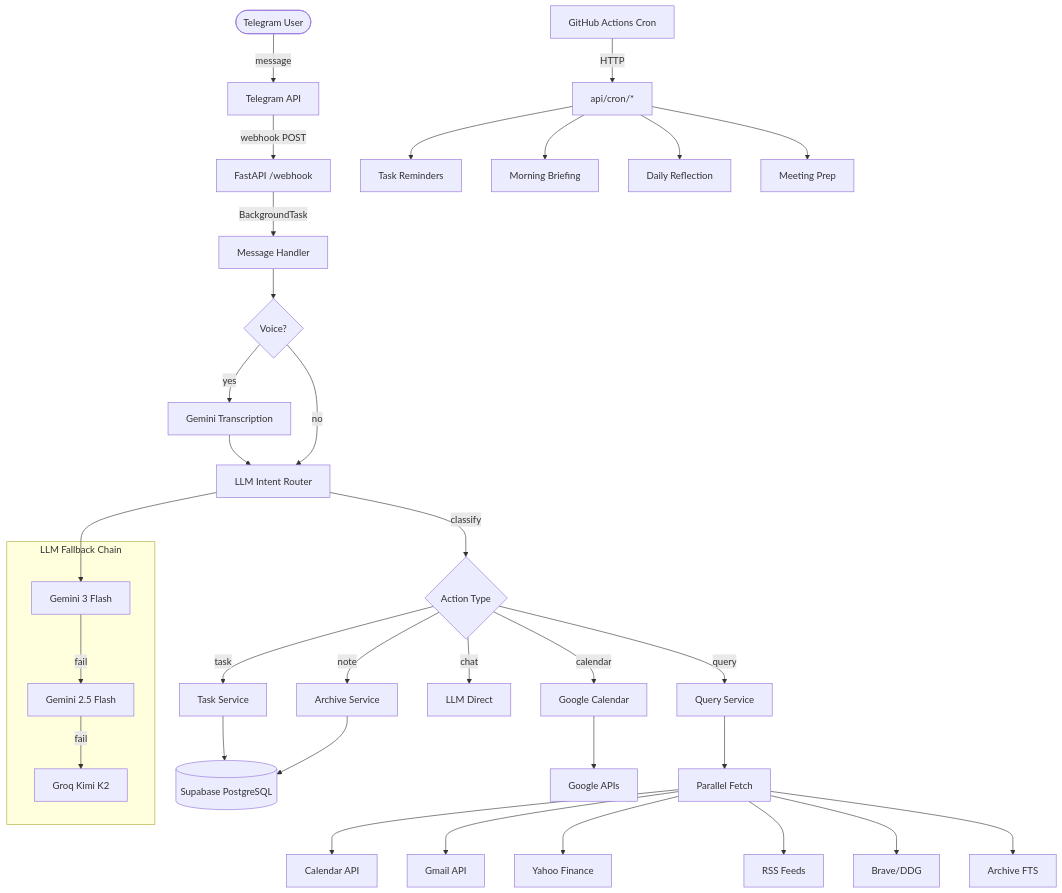
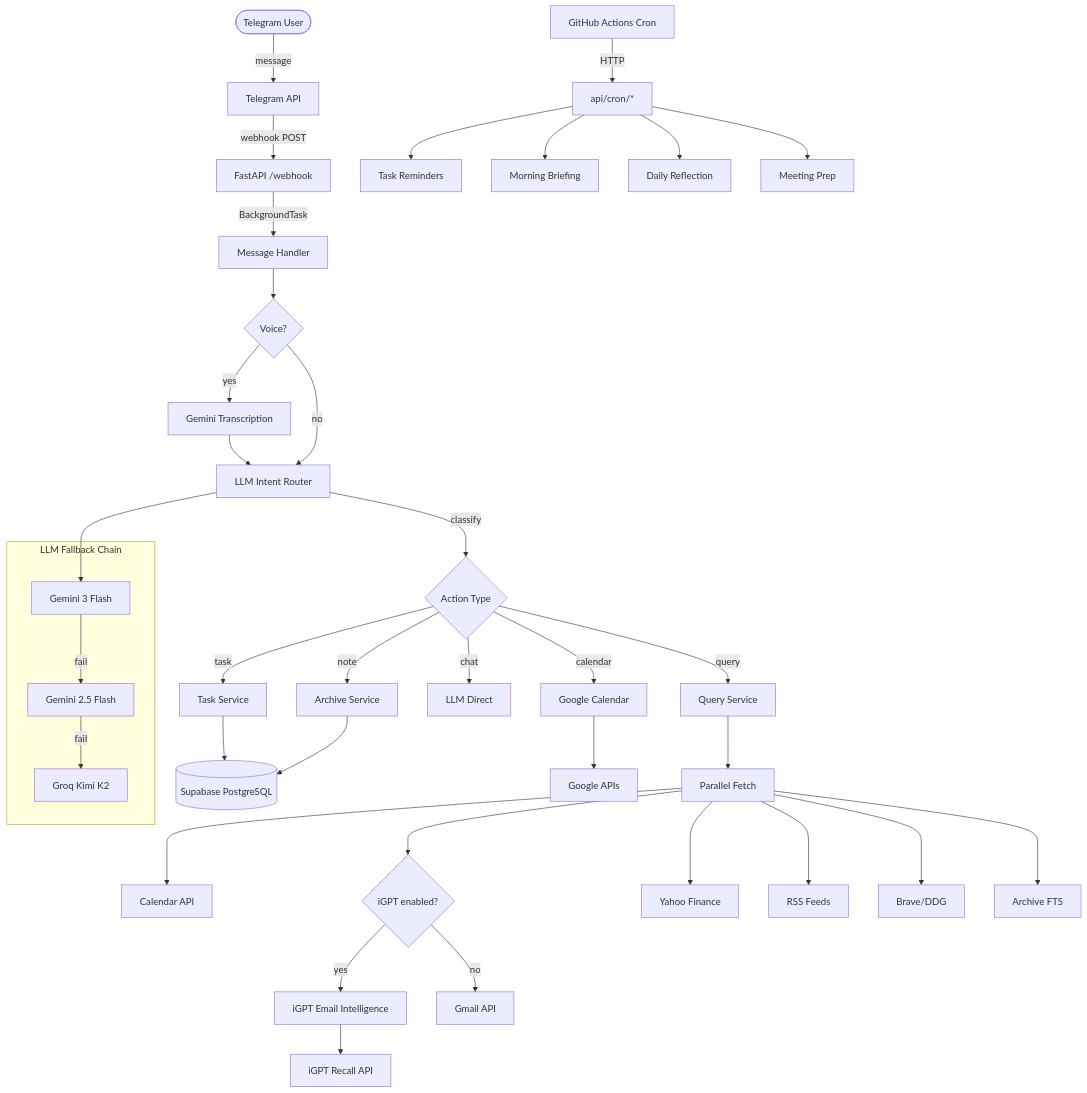
The diagram in README.md (ShayFeldboy1010/Super_Helper), drawn with Mermaid before and after one commit. The commit also changed other lines of this file, not shown here.

Commit message:
Update README with iGPT integration in diagram, features, and tech stack
Add iGPT email intelligence to architecture diagram with conditional
routing (iGPT enabled vs Gmail fallback), features section, tech stack
table, and project structure listing.

````diff
--- a/README.md
+++ b/README.md
@@ -53,44 +54,47 @@
 ```mermaid
 flowchart TB
     User([Telegram User]) -->|message| TG[Telegram API]
     TG -->|webhook POST| WH[FastAPI /webhook]
     WH -->|BackgroundTask| Handler[Message Handler]
 
     Handler --> Voice{Voice?}
     Voice -->|yes| Transcribe[Gemini Transcription]
     Transcribe --> Router
     Voice -->|no| Router
 
     Router[LLM Intent Router] -->|classify| Action{Action Type}
 
     Action -->|task| TaskSvc[Task Service]
     Action -->|calendar| GoogleSvc[Google Calendar]
     Action -->|note| ArchiveSvc[Archive Service]
     Action -->|query| QuerySvc[Query Service]
     Action -->|chat| LLM[LLM Direct]
 
     QuerySvc --> Parallel[Parallel Fetch]
     Parallel --> Cal[Calendar API]
-    Parallel --> Gmail[Gmail API]
+    Parallel --> EmailSwitch{iGPT enabled?}
+    EmailSwitch -->|yes| iGPT[iGPT Email Intelligence]
+    EmailSwitch -->|no| Gmail[Gmail API]
     Parallel --> Market[Yahoo Finance]
     Parallel --> News[RSS Feeds]
     Parallel --> Search[Brave/DDG]
     Parallel --> Archive[Archive FTS]
 
     TaskSvc --> DB[(Supabase PostgreSQL)]
     ArchiveSvc --> DB
     GoogleSvc --> GCP[Google APIs]
+    iGPT --> iGPTAPI[iGPT Recall API]
 
     subgraph LLM Fallback Chain
         G3[Gemini 3 Flash] -->|fail| G25[Gemini 2.5 Flash]
         G25 -->|fail| Groq[Groq Kimi K2]
     end
 
     Router --> G3
 
     Cron[GitHub Actions Cron] -->|HTTP| CronAPI["api/cron/*"]
     CronAPI --> Reminders[Task Reminders]
     CronAPI --> Brief[Morning Briefing]
     CronAPI --> Reflect[Daily Reflection]
     CronAPI --> MeetPrep[Meeting Prep]
 ```
````
